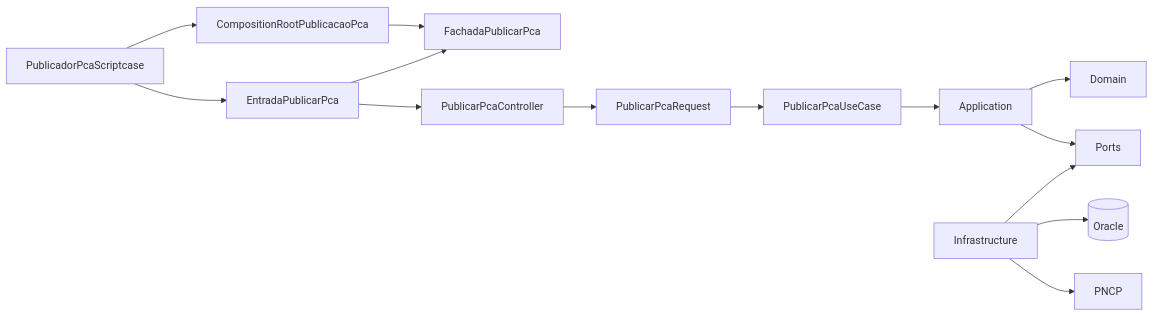
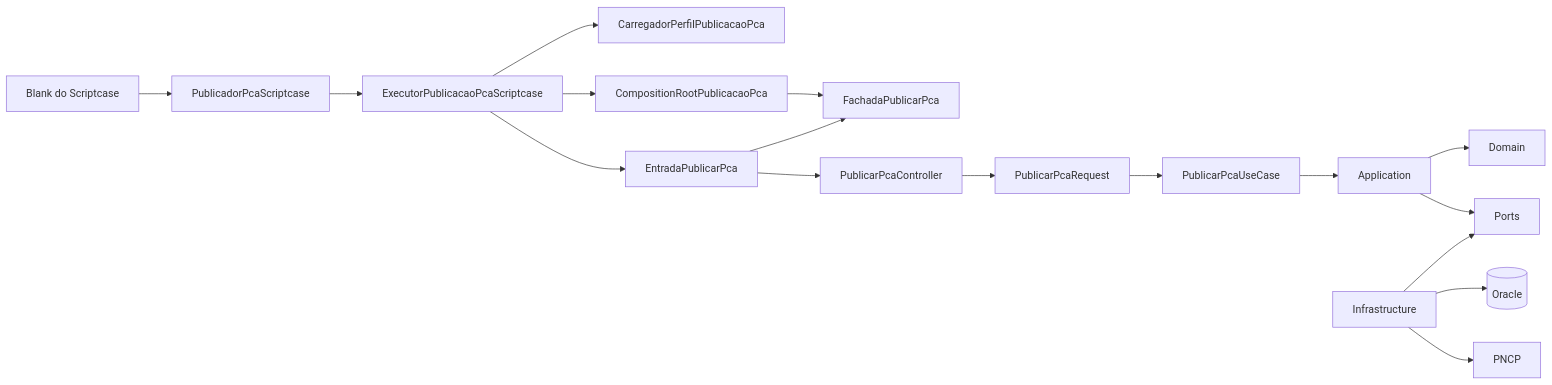
One commit to JhonnyRodrigues/pca-pncp-backend changed the first of 3 diagrams in docs/vigentes/apoio/guia_de_leitura_do_codigo.md. Above: the diagram before and after it, drawn with Mermaid. The commit also changed other lines of this file and 26 other files, not shown here.

````diff
--- a/docs/vigentes/apoio/guia_de_leitura_do_codigo.md
+++ b/docs/vigentes/apoio/guia_de_leitura_do_codigo.md
@@ -16,16 +16,19 @@
 ```mermaid
 flowchart LR
-    S[PublicadorPcaScriptcase] --> CR[CompositionRootPublicacaoPca]
+    B[Blank do Scriptcase] --> S[PublicadorPcaScriptcase]
+    S --> X[ExecutorPublicacaoPcaScriptcase]
+    X --> L[CarregadorPerfilPublicacaoPca]
+    X --> CR[CompositionRootPublicacaoPca]
     CR --> F[FachadaPublicarPca]
-    S --> E[EntradaPublicarPca]
+    X --> E[EntradaPublicarPca]
     E --> F
     E --> C[PublicarPcaController]
     C --> R[PublicarPcaRequest]
     R --> U[PublicarPcaUseCase]
     U --> A[Application]
     A --> D[Domain]
     A --> P[Ports]
     I[Infrastructure] --> P
     I --> O[(Oracle)]
     I --> N[PNCP]
 ```
````
